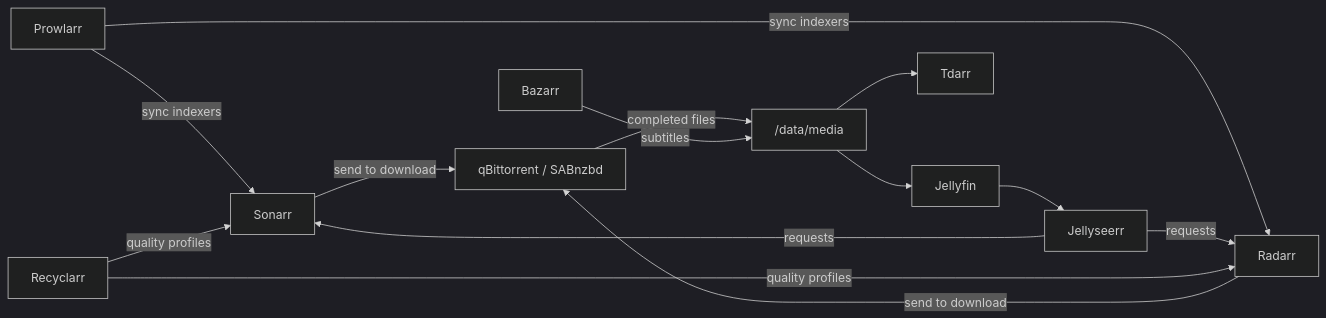
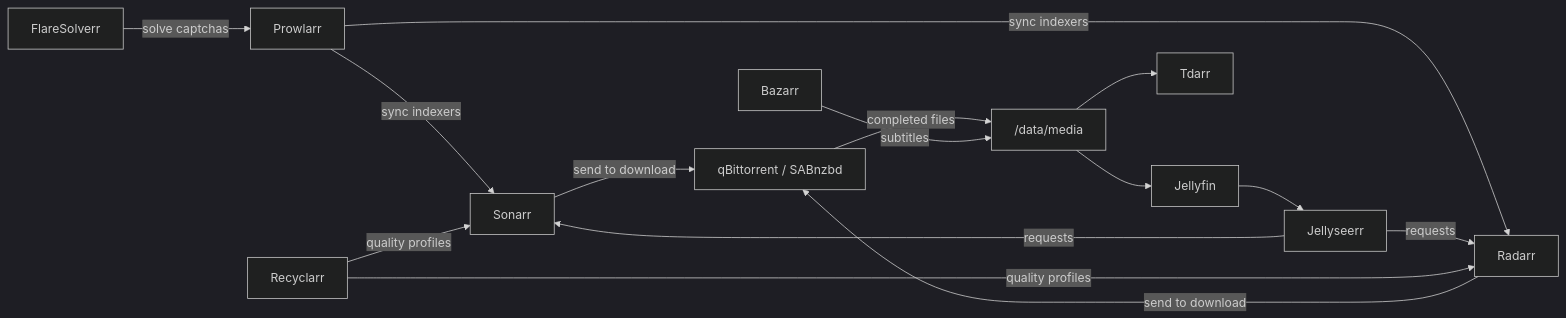
Before and after one commit to kyleseneker/homelab: the diagram in docs/apps/index.md, drawn with Mermaid (dark theme). The commit also changed other lines of this file and 6 other files, not shown here.

````diff
--- a/docs/apps/index.md
+++ b/docs/apps/index.md
@@ -21,16 +21,17 @@
 ```mermaid
 flowchart LR
     Prowlarr -->|"sync indexers"| Sonarr
     Prowlarr -->|"sync indexers"| Radarr
     Jellyseerr -->|"requests"| Sonarr
     Jellyseerr -->|"requests"| Radarr
     Sonarr -->|"send to download"| Downloads["qBittorrent / SABnzbd"]
     Radarr -->|"send to download"| Downloads
     Downloads -->|"completed files"| Media["/data/media"]
     Media --> Jellyfin
     Media --> Tdarr
     Bazarr -->|"subtitles"| Media
     Recyclarr -->|"quality profiles"| Sonarr
     Recyclarr -->|"quality profiles"| Radarr
+    FlareSolverr -->|"solve captchas"| Prowlarr
     Jellyfin --> Jellyseerr
 ```
````
